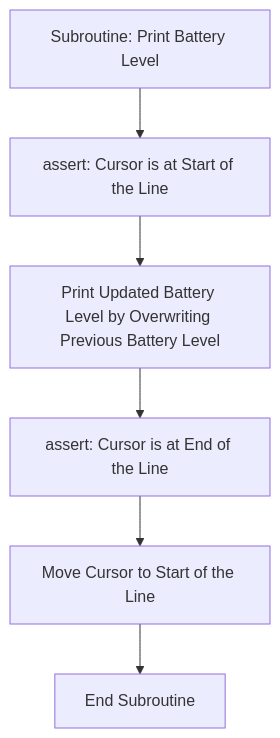
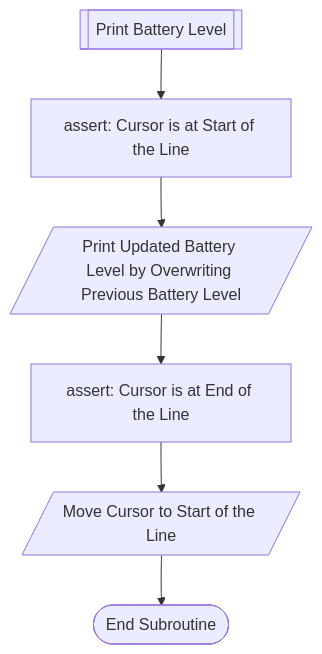
Before and after one commit to WingTillDie/battery-level-wsl: the third of 3 diagrams in README.md, drawn with Mermaid. The commit also changed other lines of this file, not shown here.

````diff
--- a/README.md
+++ b/README.md
@@ -52,14 +54,14 @@
 ```mermaid
 flowchart TD
-    Battery[Subroutine: Print Battery Level]
+    Battery[[Print Battery Level]]
     Battery --> assert_cursor_start
     assert_cursor_start[assert: Cursor is at Start of the Line]
     assert_cursor_start --> Overwrite
-    Overwrite[Print Updated Battery Level by Overwriting Previous Battery Level]
+    Overwrite[/Print Updated Battery Level by Overwriting Previous Battery Level/]
     Overwrite --> assert_cursor_end
     assert_cursor_end[assert: Cursor is at End of the Line]
     assert_cursor_end --> CR
-    CR[Move Cursor to Start of the Line]
+    CR[/Move Cursor to Start of the Line/]
     CR --> Endsub
-    Endsub[End Subroutine]
+    Endsub([End Subroutine])
 ```
````
